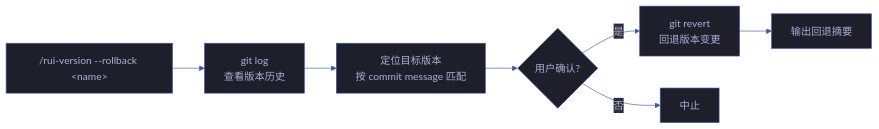
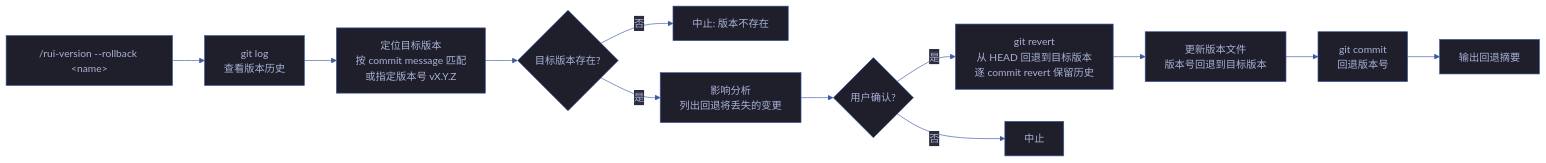
The second of 5 diagrams in skills/rui-version/SKILL.md (effiy/YrY), drawn with Mermaid before and after one commit. The commit also changed other lines of this file and 1028 other files, not shown here.

````diff
--- a/skills/rui-version/SKILL.md
+++ b/skills/rui-version/SKILL.md
@@ -64,17 +120,22 @@
 ```mermaid
 %%{init: {'theme': 'base', 'themeVariables': {
   'primaryColor': '#1e1f2b',
   'primaryTextColor': '#a9b1d6',
   'primaryBorderColor': '#3d59a1',
   'lineColor': '#3d59a1',
   'secondaryColor': '#2b2d3b',
   'tertiaryColor': '#21232f'
 }}}%%
 flowchart LR
     CMD["/rui-version --rollback &lt;name&gt;"]:::src --> LOG["git log<br/>查看版本历史"]:::op
-    LOG --> SELECT["定位目标版本<br/>按 commit message 匹配"]:::op
-    SELECT --> CONFIRM{"用户确认?"}
-    CONFIRM -->|"是"| REVERT["git revert<br/>回退版本变更"]:::op
-    CONFIRM -->|"否"| ABORT["中止"]:::abort
-    REVERT --> REPORT["输出回退摘要"]:::out
+    LOG --> SELECT["定位目标版本<br/>按 commit message 匹配<br/>或指定版本号 vX.Y.Z"]:::op
+    SELECT --> FIND{"目标版本存在?"}
+    FIND -->|"否"| ABORT1["中止: 版本不存在"]:::abort
+    FIND -->|"是"| IMPACT["影响分析<br/>列出回退将丢失的变更"]:::op
+    IMPACT --> CONFIRM{"用户确认?"}
+    CONFIRM -->|"是"| REVERT["git revert<br/>从 HEAD 回退到目标版本<br/>逐 commit revert 保留历史"]:::op
+    CONFIRM -->|"否"| ABORT2["中止"]:::abort
+    REVERT --> UPDATE2["更新版本文件<br/>版本号回退到目标版本"]:::op
+    UPDATE2 --> COMMIT2["git commit<br/>回退版本号"]:::op
+    COMMIT2 --> REPORT2["输出回退摘要"]:::out
 ```
````
